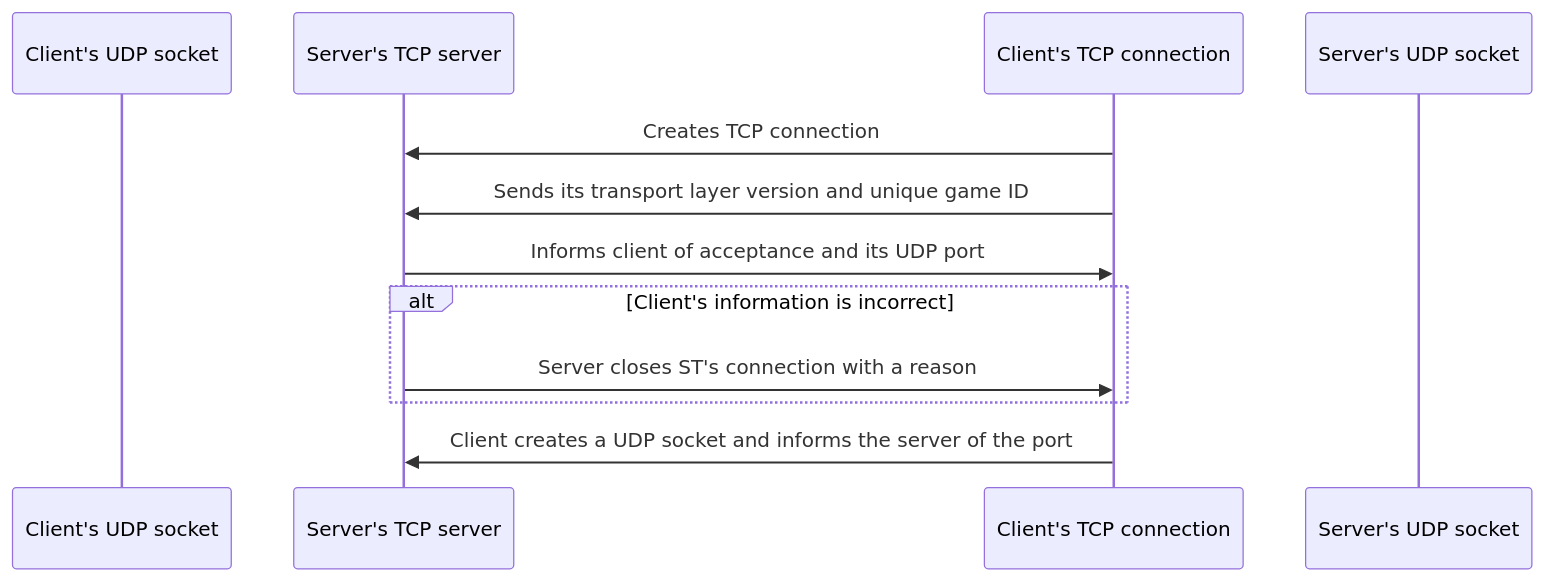
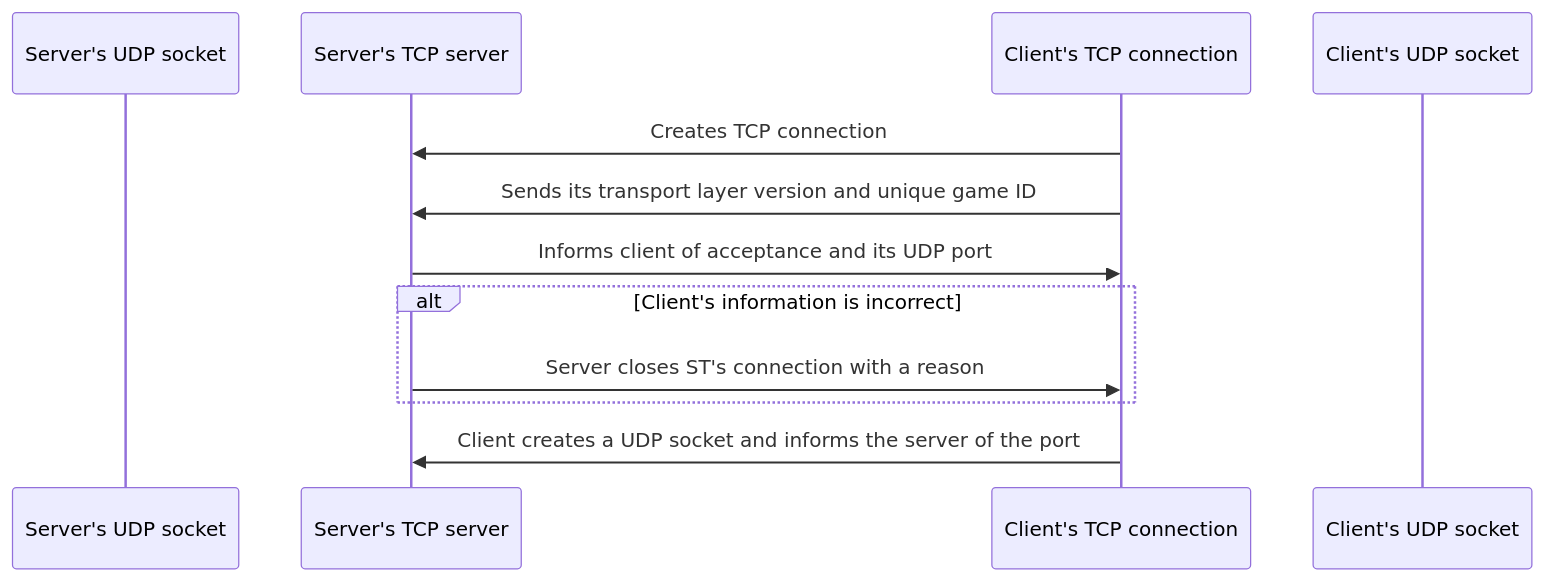
Before and after one commit to Veritius/bevy_stardust: the diagram in docs/connection.md, drawn with Mermaid. The commit also changed other lines of this file and 4 other files, not shown here.

````diff
--- a/docs/connection.md
+++ b/docs/connection.md
@@ -15,17 +15,17 @@
 ```mermaid
 sequenceDiagram
-    participant CU as Client's UDP socket
+    participant SU as Server's UDP socket
     participant ST as Server's TCP server
     participant CT as Client's TCP connection
-    participant SU as Server's UDP socket
+    participant CU as Client's UDP socket
 
     CT->>ST: Creates TCP connection
     CT->>ST: Sends its transport layer version and unique game ID
     ST->>CT: Informs client of acceptance and its UDP port
 
     alt Client's information is incorrect
         ST->>CT: Server closes ST's connection with a reason
     end
 
     CT->>ST: Client creates a UDP socket and informs the server of the port
 ```
````
